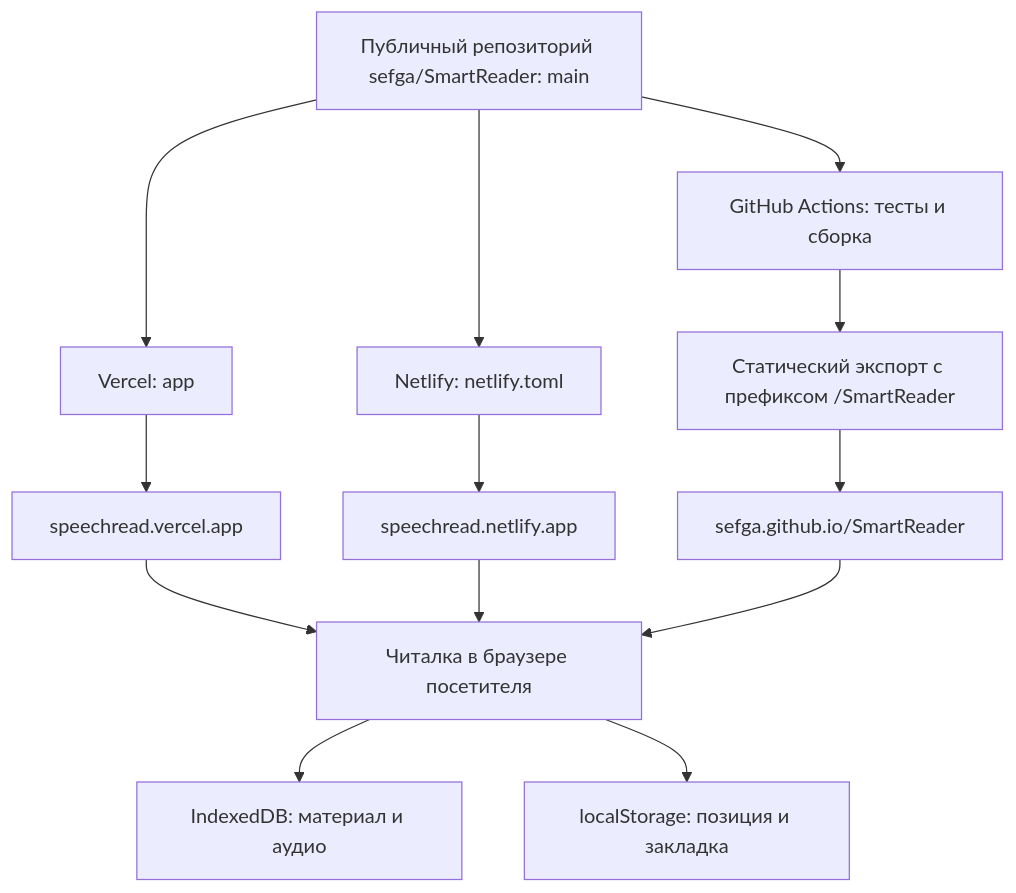
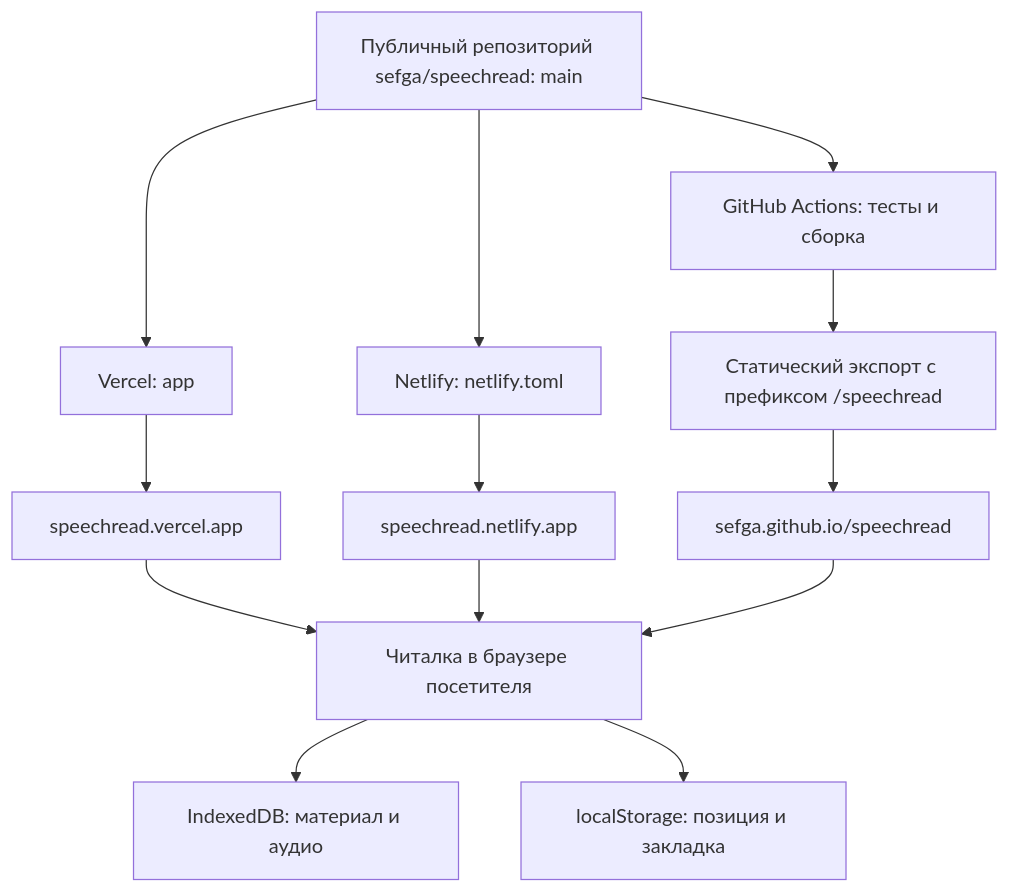
One commit to sefga/SmartReader changed the diagram in app/docs/deployment.md. Above: the diagram before and after it, drawn with Mermaid. The commit also changed other lines of this file and 11 other files, not shown here.

````diff
--- a/app/docs/deployment.md
+++ b/app/docs/deployment.md
@@ -15,15 +15,15 @@
 ```mermaid
 flowchart TD
-    A[Публичный репозиторий sefga/SmartReader: main] --> B[Vercel: app]
+    A[Публичный репозиторий sefga/speechread: main] --> B[Vercel: app]
     A --> C[Netlify: netlify.toml]
     A --> D[GitHub Actions: тесты и сборка]
     B --> E[speechread.vercel.app]
     C --> F[speechread.netlify.app]
-    D --> G[Статический экспорт с префиксом /SmartReader]
-    G --> H[sefga.github.io/SmartReader]
+    D --> G[Статический экспорт с префиксом /speechread]
+    G --> H[sefga.github.io/speechread]
     E --> I[Читалка в браузере посетителя]
     F --> I
     H --> I
     I --> J[IndexedDB: материал и аудио]
     I --> K[localStorage: позиция и закладка]
 ```
````
